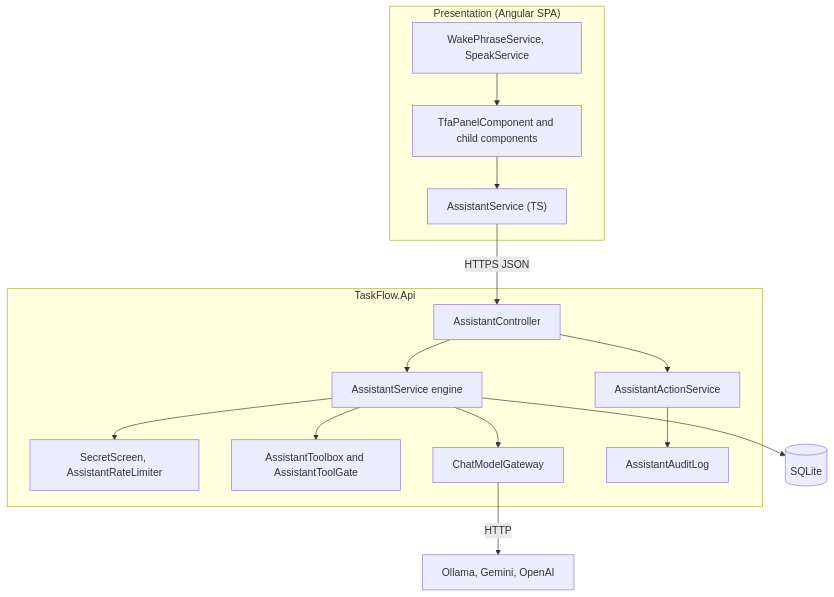
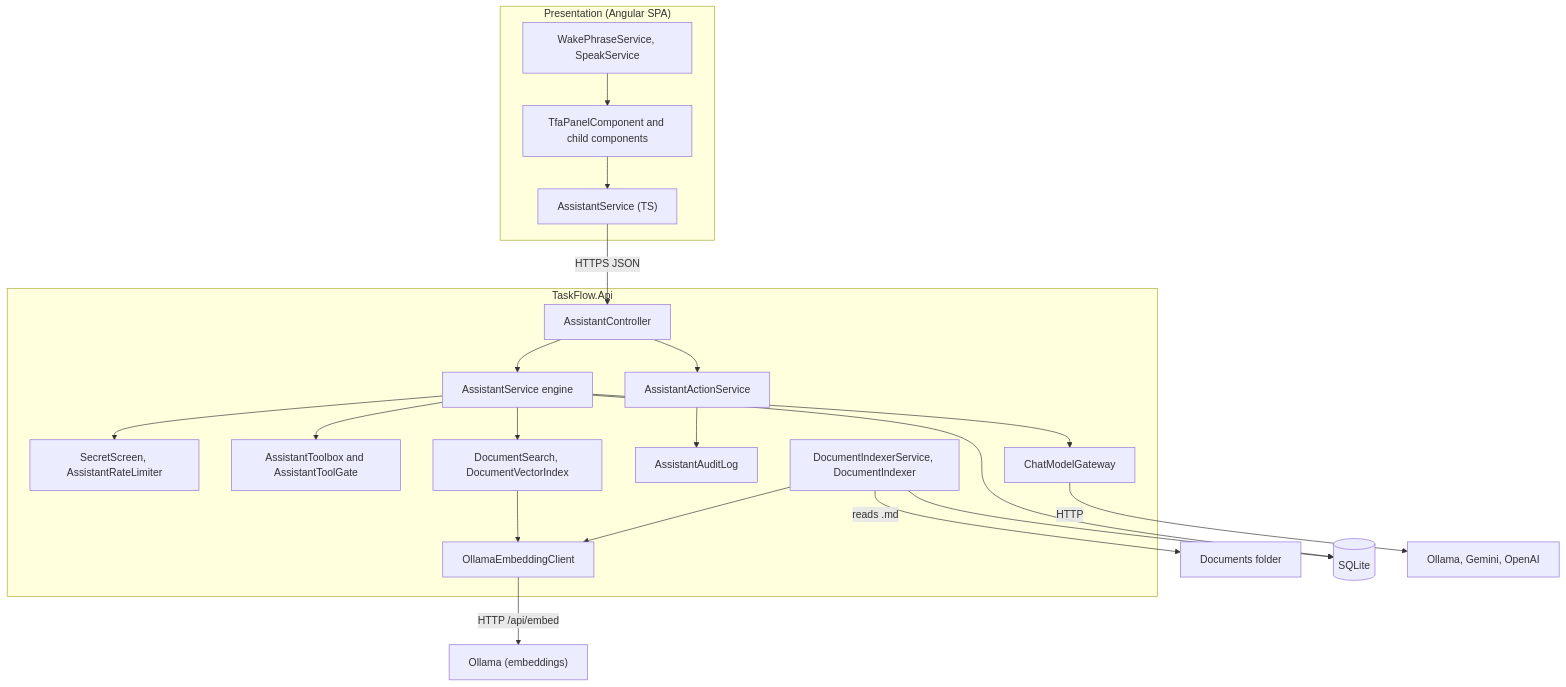
One commit to jojogeorge3344/TaskFlow-Project changed the second of 9 diagrams in TF - Documents/TF - HLD/08-TFA-Assistant/08.1-Assistant/HLD-Assistant.md. Above: the diagram before and after it, drawn with Mermaid. The commit also changed other lines of this file and 123 other files, not shown here.

````diff
--- a/TF - Documents/TF - HLD/08-TFA-Assistant/08.1-Assistant/HLD-Assistant.md
+++ b/TF - Documents/TF - HLD/08-TFA-Assistant/08.1-Assistant/HLD-Assistant.md
@@ -140,25 +157,32 @@
 ```mermaid
 flowchart TB
   subgraph Client["Presentation (Angular SPA)"]
     PANEL["TfaPanelComponent and child components"]
     VOICE["WakePhraseService, SpeakService"]
     ASV["AssistantService (TS)"]
   end
   subgraph Server["TaskFlow.Api"]
     CTRL["AssistantController"]
     CHAT["AssistantService engine"]
     SAFE["SecretScreen, AssistantRateLimiter"]
     TOOLS["AssistantToolbox and AssistantToolGate"]
     ACT["AssistantActionService"]
     GW["ChatModelGateway"]
     AUD["AssistantAuditLog"]
+    DOCS["DocumentSearch, DocumentVectorIndex"]
+    IDX["DocumentIndexerService, DocumentIndexer"]
+    EMB["OllamaEmbeddingClient"]
   end
   PANEL --> ASV
   VOICE --> PANEL
   ASV -->|"HTTPS JSON"| CTRL
   CTRL --> CHAT --> SAFE
+  CHAT --> DOCS --> EMB
+  IDX --> EMB -->|"HTTP /api/embed"| OLLE["Ollama (embeddings)"]
+  IDX -->|"reads .md"| FOLDER["Documents folder"]
+  IDX --> DB
   CHAT --> TOOLS
   CHAT --> GW -->|"HTTP"| PROV["Ollama, Gemini, OpenAI"]
   CTRL --> ACT --> AUD
   CHAT --> DB[("SQLite")]
 ```
````
